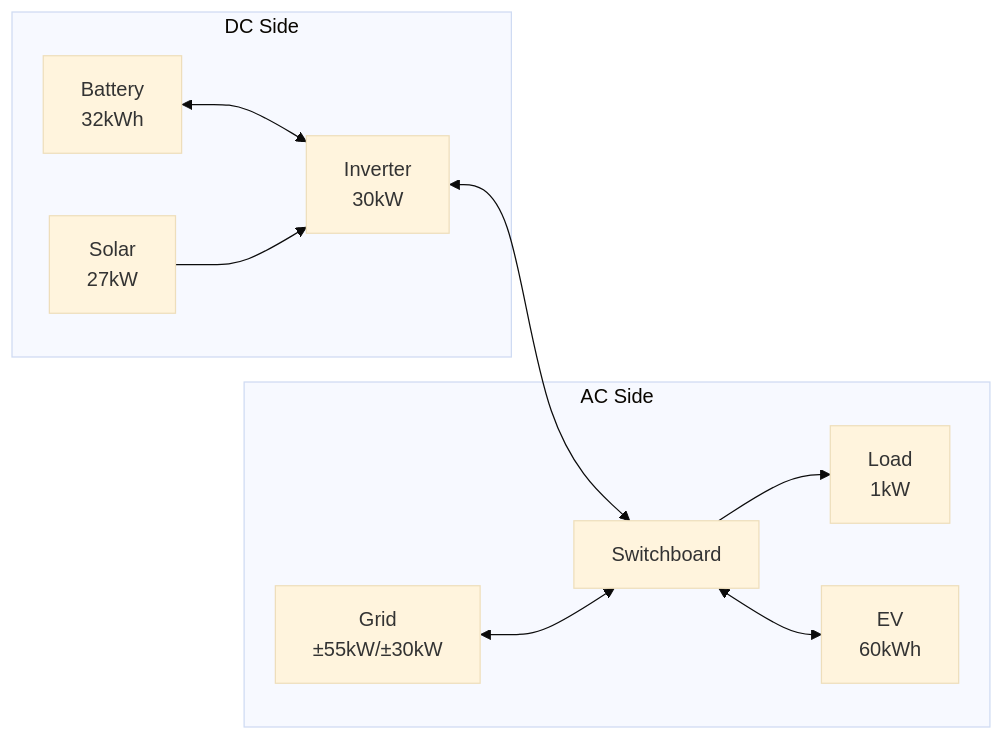
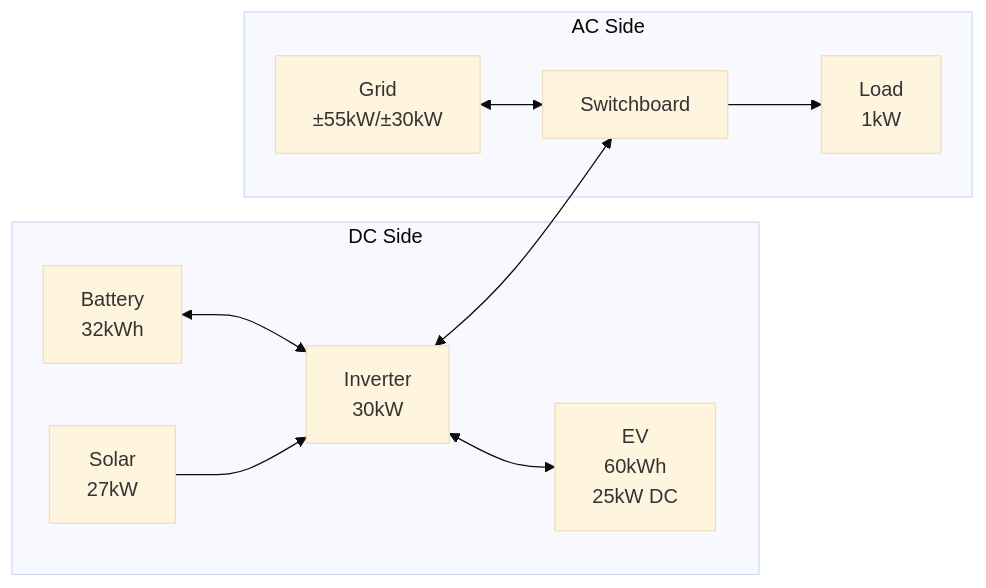
The diagram in docs/walkthroughs/adding-an-ev.md (Legion-XD/haeo), drawn with Mermaid (base theme) before and after one commit. The commit also changed other lines of this file and 3 other files, not shown here.

````diff
--- a/docs/walkthroughs/adding-an-ev.md
+++ b/docs/walkthroughs/adding-an-ev.md
@@ -13,14 +13,14 @@
 ```mermaid
 graph LR
     subgraph DC Side
         Battery[Battery<br/>32kWh] <--> Inverter
         Solar[Solar<br/>27kW] --> Inverter
+        Inverter <--> EV[EV<br/>60kWh<br/>25kW DC]
     end
 
     subgraph AC Side
         Inverter[Inverter<br/>30kW] <--> Switchboard[Switchboard]
         Grid[Grid<br/>±55kW/±30kW] <--> Switchboard
         Switchboard --> Load[Load<br/>1kW]
-        Switchboard <--> EV[EV<br/>60kWh]
     end
 ```
````
